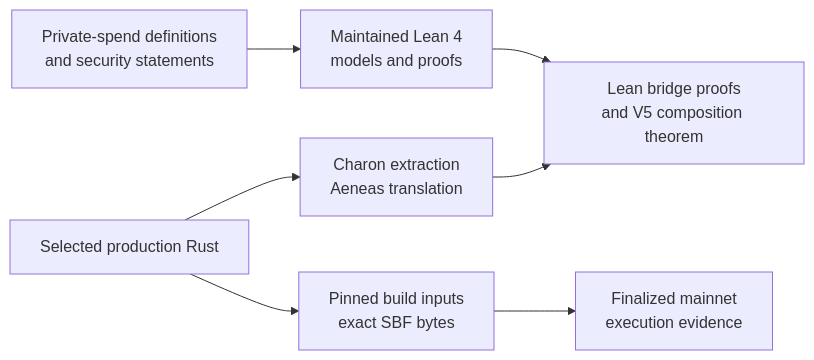
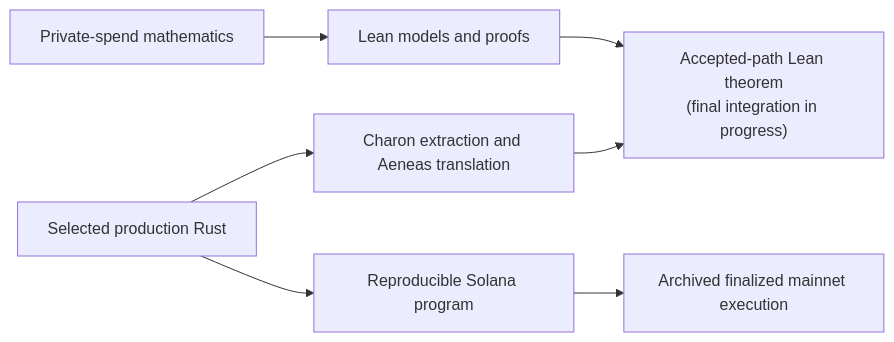
Before and after one commit to DJBarker87/aspis: the diagram in docs/formal-verification.md, drawn with Mermaid. The commit also changed other lines of this file and 9 other files, not shown here.

Commit message:
docs: report accepted-path proof status

````diff
--- a/docs/formal-verification.md
+++ b/docs/formal-verification.md
@@ -7,17 +13,17 @@
 ```mermaid
 flowchart LR
-    D["Private-spend definitions<br/>and security statements"]
-    L["Maintained Lean 4<br/>models and proofs"]
+    M["Private-spend mathematics"]
+    L["Lean models and proofs"]
     R["Selected production Rust"]
-    T["Charon extraction<br/>Aeneas translation"]
-    P["Lean bridge proofs<br/>and V5 composition theorem"]
-    B["Pinned build inputs<br/>exact SBF bytes"]
-    X["Finalized mainnet<br/>execution evidence"]
+    A["Charon extraction and Aeneas translation"]
+    E["Accepted-path Lean theorem<br/>(final integration in progress)"]
+    B["Reproducible Solana program"]
+    X["Archived finalized mainnet execution"]
 
-    D --> L
-    R --> T
-    T --> P
-    L --> P
+    M --> L
+    R --> A
+    L --> E
+    A --> E
     R --> B
     B --> X
 ```
````
